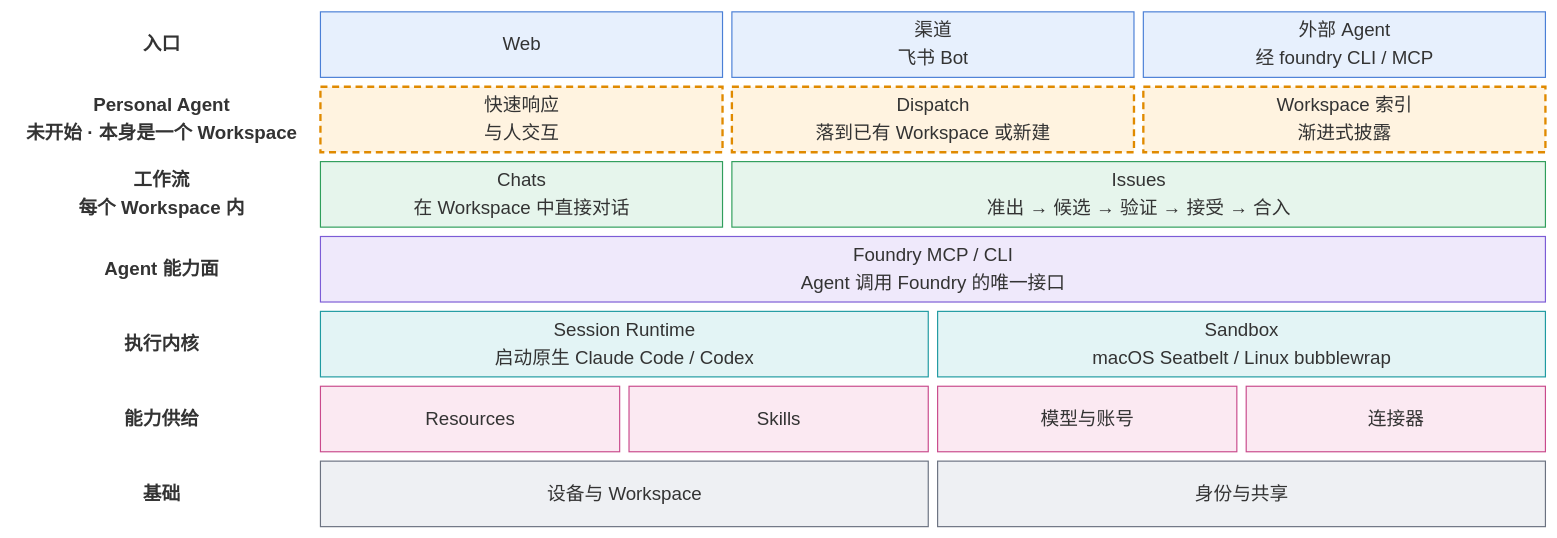
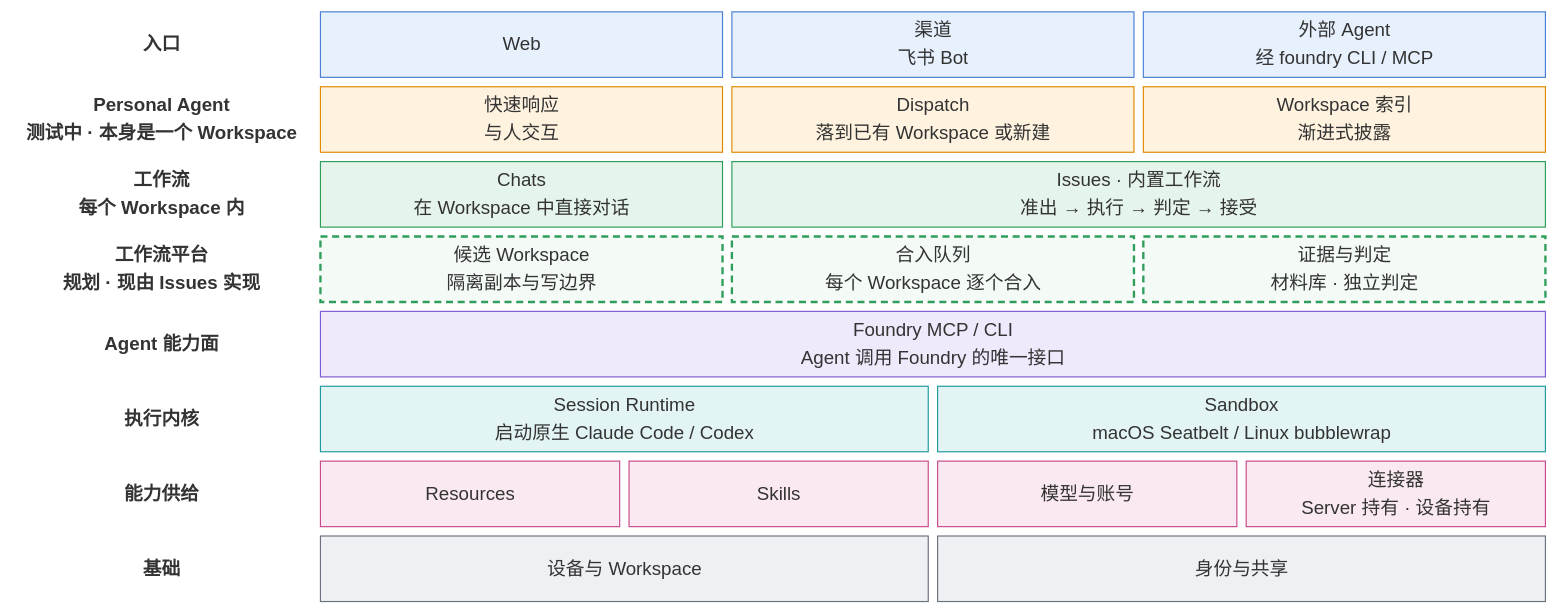
One commit to BD777/foundry changed the diagram in docs/assets/architecture.mmd. Above: the diagram before and after it, drawn with Mermaid. The commit also changed 30 other files, not shown here.

```diff
--- a/docs/assets/architecture.mmd
+++ b/docs/assets/architecture.mmd
@@ -1,26 +1,30 @@
 %% Source of architecture.svg: render with Mermaid 11+ (block-beta) and save the SVG next to this file.
+%% Dashed boxes are planned; see docs/roadmap.md for each module's status and next steps.
 block-beta
   columns 15
   L1["入口"]:3 WEB["Web"]:4 CHN["渠道<br/>飞书 Bot"]:4 EXT["外部 Agent<br/>经 foundry CLI / MCP"]:4
-  L2["Personal Agent<br/>未开始 · 本身是一个 Workspace"]:3 PA1["快速响应<br/>与人交互"]:4 PA2["Dispatch<br/>落到已有 Workspace 或新建"]:4 PA3["Workspace 索引<br/>渐进式披露"]:4
-  L3["工作流<br/>每个 Workspace 内"]:3 CHAT["Chats<br/>在 Workspace 中直接对话"]:4 ISS["Issues<br/>准出 → 候选 → 验证 → 接受 → 合入"]:8
+  L2["Personal Agent<br/>测试中 · 本身是一个 Workspace"]:3 PA1["快速响应<br/>与人交互"]:4 PA2["Dispatch<br/>落到已有 Workspace 或新建"]:4 PA3["Workspace 索引<br/>渐进式披露"]:4
+  L3["工作流<br/>每个 Workspace 内"]:3 CHAT["Chats<br/>在 Workspace 中直接对话"]:4 ISS["Issues · 内置工作流<br/>准出 → 执行 → 判定 → 接受"]:8
+  L3P["工作流平台<br/>规划 · 现由 Issues 实现"]:3 CAND["候选 Workspace<br/>隔离副本与写边界"]:4 MQ["合入队列<br/>每个 Workspace 逐个合入"]:4 EVD["证据与判定<br/>材料库 · 独立判定"]:4
   L4["Agent 能力面"]:3 MCP["Foundry MCP / CLI<br/>Agent 调用 Foundry 的唯一接口"]:12
   L5["执行内核"]:3 SR["Session Runtime<br/>启动原生 Claude Code / Codex"]:6 SB["Sandbox<br/>macOS Seatbelt / Linux bubblewrap"]:6
-  L6["能力供给"]:3 RES["Resources"]:3 SK["Skills"]:3 MOD["模型与账号"]:3 CON["连接器"]:3
+  L6["能力供给"]:3 RES["Resources"]:3 SK["Skills"]:3 MOD["模型与账号"]:3 CON["连接器<br/>Server 持有 · 设备持有"]:3
   L7["基础"]:3 DEV["设备与 Workspace"]:6 ID["身份与共享"]:6
   classDef layer fill:none,stroke:none,color:#24292f,font-weight:bold
   classDef entry fill:#e7f0fd,stroke:#4a7fd6,color:#1b2a41
-  classDef vision fill:#fff3e0,stroke:#e08a00,stroke-width:2px,stroke-dasharray:6 4,color:#5a3600
+  classDef assistant fill:#fff3e0,stroke:#e08a00,color:#5a3600
   classDef flow fill:#e6f5ec,stroke:#2f9e5b,color:#173d26
+  classDef planned fill:#f4fbf6,stroke:#2f9e5b,stroke-width:2px,stroke-dasharray:6 4,color:#173d26
   classDef agent fill:#efe9fb,stroke:#7c5cd6,color:#2d2152
   classDef kernel fill:#e3f4f5,stroke:#1f9aa1,color:#11393b
   classDef supply fill:#fbe9f2,stroke:#c94a8c,color:#4a1a33
   classDef base fill:#eef0f3,stroke:#6b7280,color:#1f2937
-  class L1,L2,L3,L4,L5,L6,L7 layer
+  class L1,L2,L3,L3P,L4,L5,L6,L7 layer
   class WEB,CHN,EXT entry
-  class PA1,PA2,PA3 vision
+  class PA1,PA2,PA3 assistant
   class CHAT,ISS flow
+  class CAND,MQ,EVD planned
   class MCP agent
   class SR,SB kernel
   class RES,SK,MOD,CON supply
   class DEV,ID base
```
